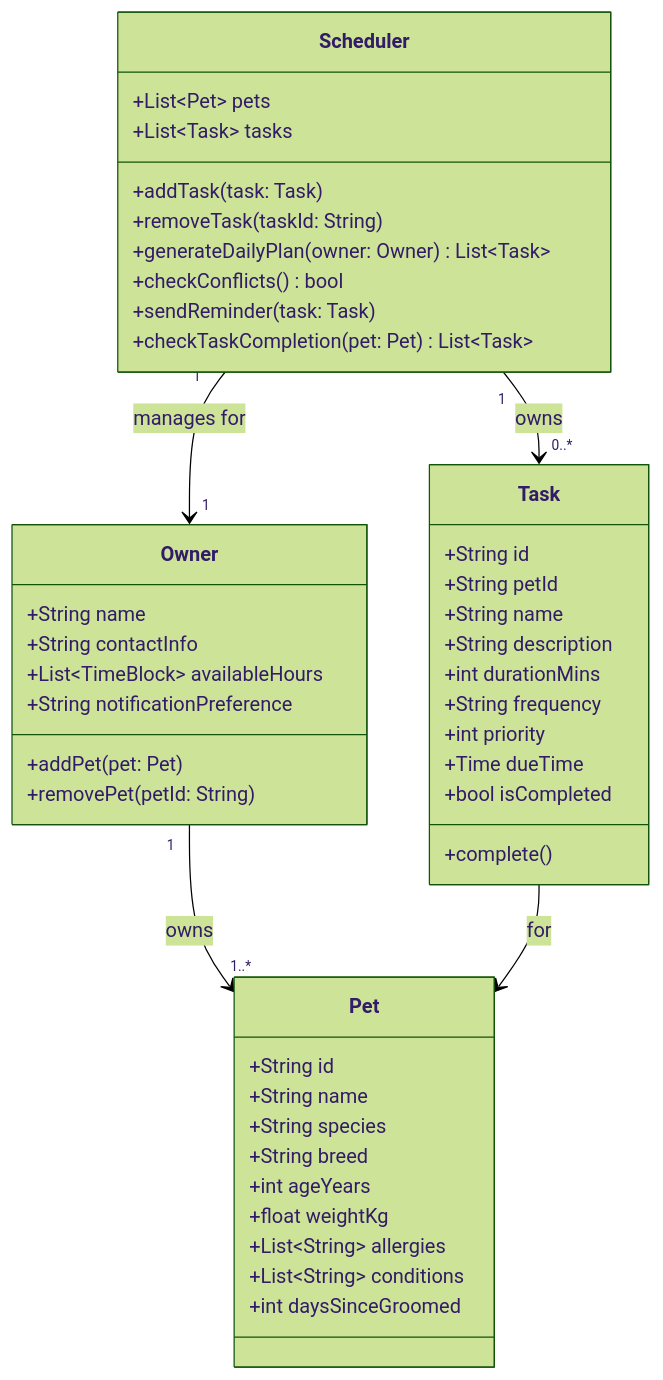
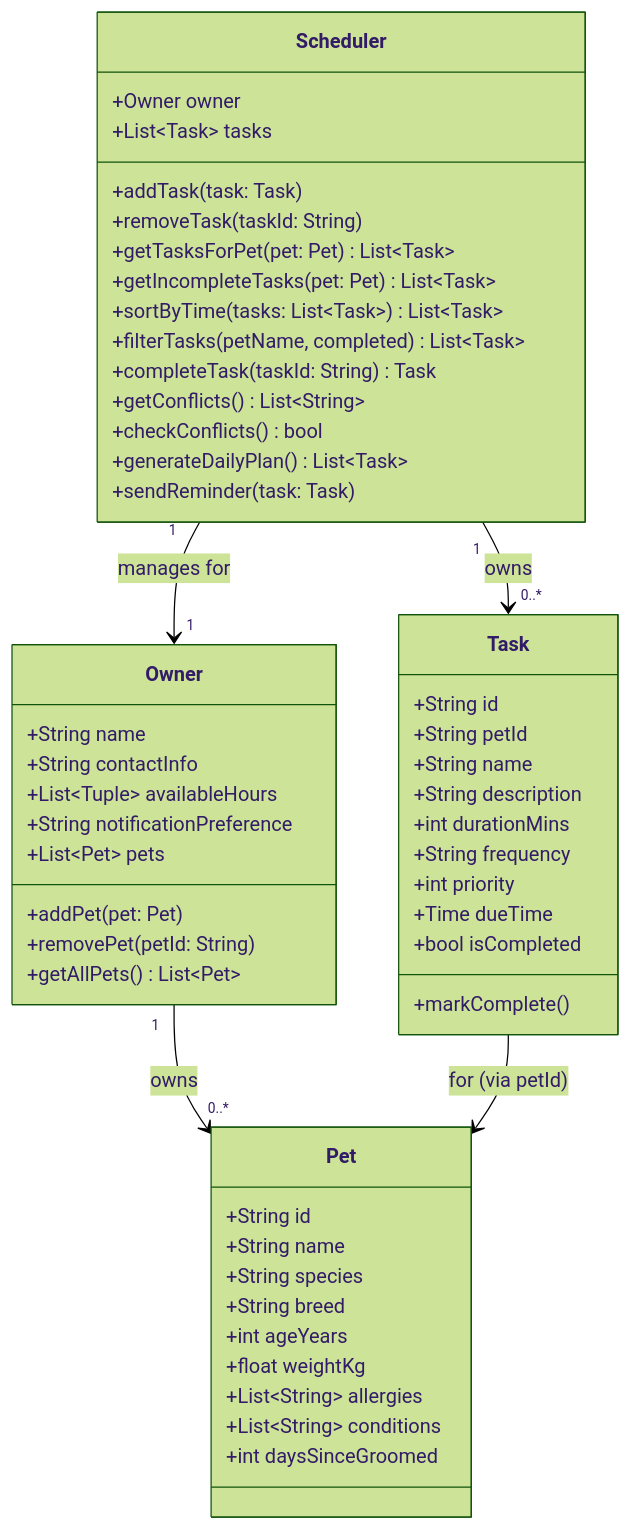
One commit to veryyynice/ai110-module2show-pawpal-starter changed the diagram in class_diagram.md. Above: the diagram before and after it, drawn with Mermaid (forest theme). The commit also changed other lines of this file and 6 other files, not shown here.

````diff
--- a/class_diagram.md
+++ b/class_diagram.md
@@ -3,52 +3,59 @@
 ```mermaid
 classDiagram
     class Owner {
         +String name
         +String contactInfo
-        +List~TimeBlock~ availableHours
+        +List~Tuple~ availableHours
         +String notificationPreference
+        +List~Pet~ pets
         +addPet(pet: Pet)
         +removePet(petId: String)
+        +getAllPets() List~Pet~
     }
 
     class Pet {
         +String id
         +String name
         +String species
         +String breed
         +int ageYears
         +float weightKg
         +List~String~ allergies
         +List~String~ conditions
         +int daysSinceGroomed
     }
 
     class Task {
         +String id
         +String petId
         +String name
         +String description
         +int durationMins
         +String frequency
         +int priority
         +Time dueTime
         +bool isCompleted
-        +complete()
+        +markComplete()
     }
 
     class Scheduler {
-        +List~Pet~ pets
+        +Owner owner
         +List~Task~ tasks
         +addTask(task: Task)
         +removeTask(taskId: String)
-        +generateDailyPlan(owner: Owner) List~Task~
+        +getTasksForPet(pet: Pet) List~Task~
+        +getIncompleteTasks(pet: Pet) List~Task~
+        +sortByTime(tasks: List~Task~) List~Task~
+        +filterTasks(petName, completed) List~Task~
+        +completeTask(taskId: String) Task
+        +getConflicts() List~String~
         +checkConflicts() bool
+        +generateDailyPlan() List~Task~
         +sendReminder(task: Task)
-        +checkTaskCompletion(pet: Pet) List~Task~
     }
 
-    Owner "1" --> "1..*" Pet : owns
+    Owner "1" --> "0..*" Pet : owns
     Scheduler "1" --> "1" Owner : manages for
     Scheduler "1" --> "0..*" Task : owns
-    Task --> Pet : for
+    Task --> Pet : for (via petId)
 ```
````
